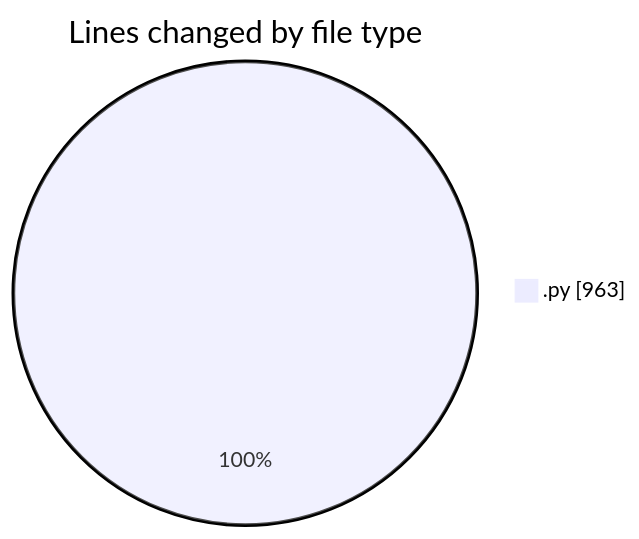
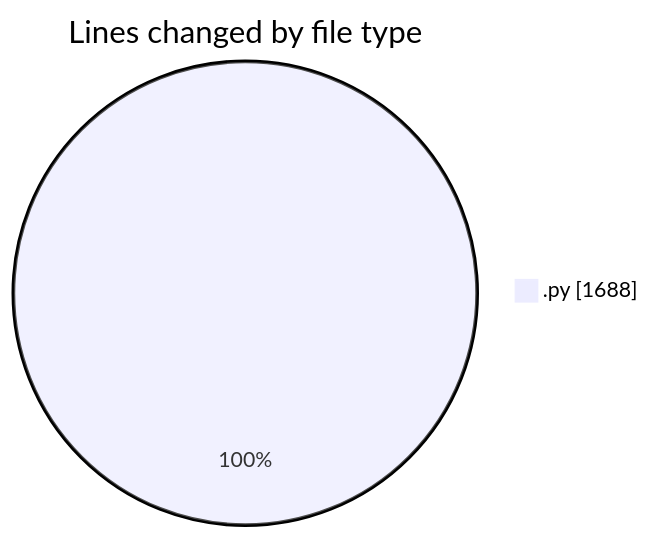
The first of 2 diagrams in 2025-11-27/eventscop-api-guide__workspace_/README.md (julien-gomy/code-tracking), drawn with Mermaid before and after one commit. The commit also changed other lines of this file and 1 other file, not shown here.

````diff
--- a/2025-11-27/eventscop-api-guide__workspace_/README.md
+++ b/2025-11-27/eventscop-api-guide__workspace_/README.md
@@ -20,5 +21,5 @@
 ```mermaid
 pie showData
 title Lines changed by file type
-".py" : 963
+".py" : 1688
 ```
````
